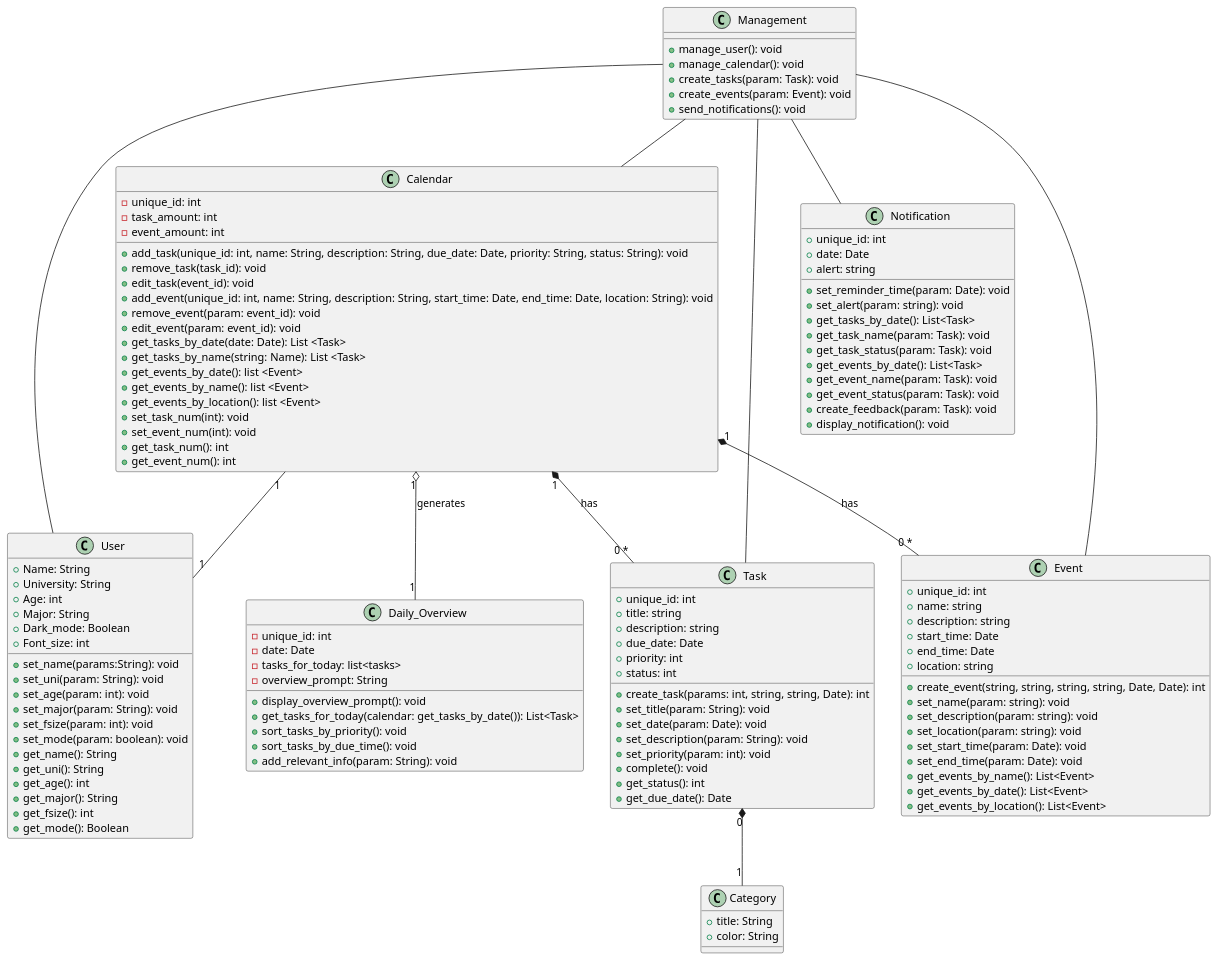
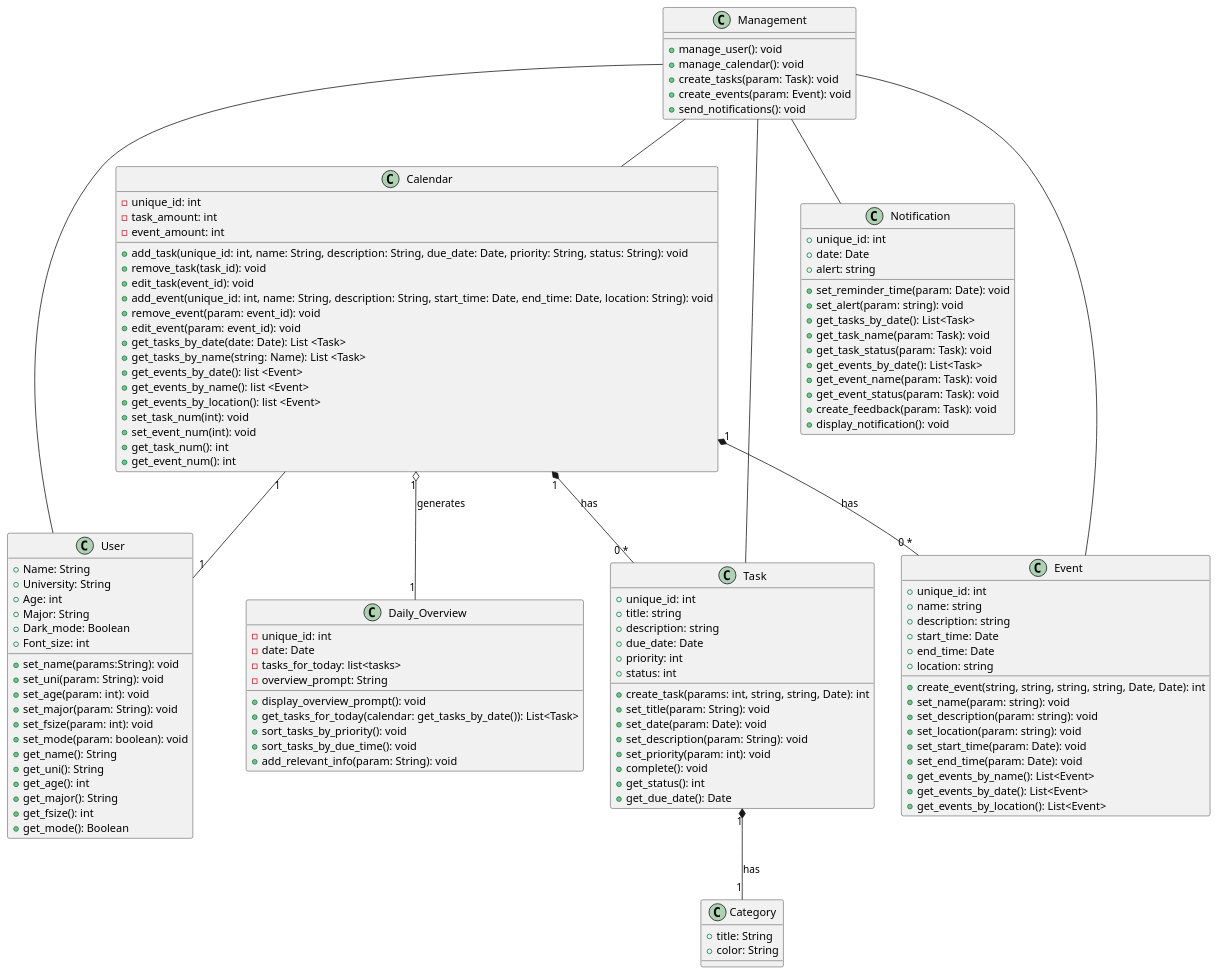
Before and after one commit to CS361-2024Fall-Term/Innovators: the diagram in assignment6/Diagram.puml, drawn with PlantUML.

Commit message:
Updated task - category relationship

```diff
--- a/assignment6/Diagram.puml
+++ b/assignment6/Diagram.puml
@@ -1,137 +1,137 @@
 @startuml
 
 class User {
   +Name: String
   +University: String
   +Age: int
   +Major: String
   +Dark_mode: Boolean
   +Font_size: int
   +set_name(params:String): void
   +set_uni(param: String): void
   +set_age(param: int): void
   +set_major(param: String): void
   +set_fsize(param: int): void
   +set_mode(param: boolean): void
   +get_name(): String
   +get_uni(): String
   +get_age(): int
   +get_major(): String
   +get_fsize(): int
   +get_mode(): Boolean
  
 }
 
 class Calendar {
   -unique_id: int  
   -task_amount: int
   -event_amount: int
   +add_task(unique_id: int, name: String, description: String, due_date: Date, priority: String, status: String): void
   +remove_task(task_id): void
   +edit_task(event_id): void
   +add_event(unique_id: int, name: String, description: String, start_time: Date, end_time: Date, location: String): void
   +remove_event(param: event_id): void
   +edit_event(param: event_id): void
   +get_tasks_by_date(date: Date): List <Task>
   +get_tasks_by_name(string: Name): List <Task>
   +get_events_by_date(): list <Event>
   +get_events_by_name(): list <Event>
   +get_events_by_location(): list <Event>
   +set_task_num(int): void
   +set_event_num(int): void
   +get_task_num(): int
   +get_event_num(): int
 }
 
 class Task {
   +unique_id: int
   +title: string
   +description: string
   +due_date: Date
   +priority: int
   +status: int
   +create_task(params: int, string, string, Date): int
   +set_title(param: String): void
   +set_date(param: Date): void
   +set_description(param: String): void
   +set_priority(param: int): void
   +complete(): void
   +get_status(): int
   +get_due_date(): Date
 }
 
 class Category {
   +title: String
   +color: String
 }
 
 class Notification {
   +unique_id: int  
   +date: Date
   +alert: string
   
   +set_reminder_time(param: Date): void
   +set_alert(param: string): void
   +get_tasks_by_date(): List<Task>
   +get_task_name(param: Task): void
   +get_task_status(param: Task): void
   +get_events_by_date(): List<Task>
   +get_event_name(param: Task): void
   +get_event_status(param: Task): void
   +create_feedback(param: Task): void
   +display_notification(): void
 }
 
 class Event {
   +unique_id: int  
   +name: string
   +description: string
   +start_time: Date
   +end_time: Date
   +location: string
   +create_event(string, string, string, string, Date, Date): int
   +set_name(param: string): void
   +set_description(param: string): void
   +set_location(param: string): void
   +set_start_time(param: Date): void
   +set_end_time(param: Date): void
   +get_events_by_name(): List<Event>
   +get_events_by_date(): List<Event>
   +get_events_by_location(): List<Event>
 }
 
 class Daily_Overview {
     -unique_id: int
     -date: Date
     -tasks_for_today: list<tasks>
     -overview_prompt: String
 
     +display_overview_prompt(): void
     +get_tasks_for_today(calendar: get_tasks_by_date()): List<Task>
     +sort_tasks_by_priority(): void
     +sort_tasks_by_due_time(): void
     +add_relevant_info(param: String): void
 }
 
 class Management {
   +manage_user(): void
   +manage_calendar(): void
   +create_tasks(param: Task): void
   +create_events(param: Event): void
   +send_notifications(): void
 }
 
 Management -- User
 Management -- Calendar
 Management -- Task
 Management -- Event
 Management -- Notification
 
 Calendar "1" -- "1" User
 Calendar "1" *-- "0 *" Task : "has"
 Calendar "1" *-- "0 *" Event : "has"
 Calendar "1" o-- "1" Daily_Overview : "generates"
-Task "0" *-- "1" Category
+Task "1" *-- "1" Category : "has"
 
 
 @enduml
```
